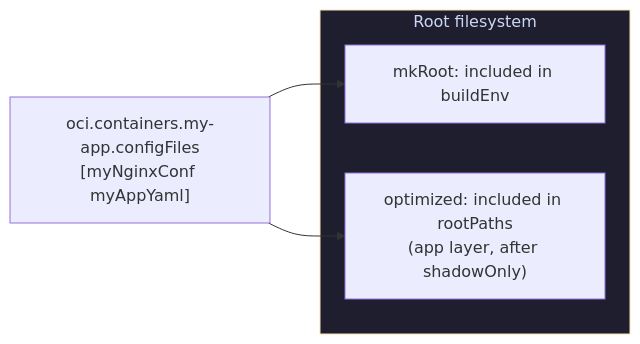
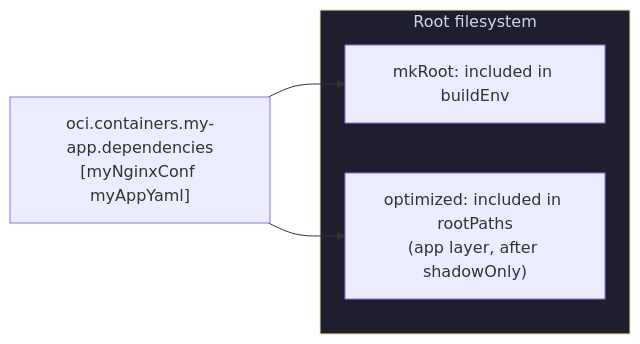
Before and after one commit to Dauliac/nix-oci: the seventh of 16 diagrams in docs/content/explanation/container-metadata-wiring.md, drawn with Mermaid. The commit also changed other lines of this file and 16 other files, not shown here.

First line of the commit message:
refactor: remove redundant configFiles option, merge into dependencies

````diff
--- a/docs/content/explanation/container-metadata-wiring.md
+++ b/docs/content/explanation/container-metadata-wiring.md
@@ -250,14 +250,14 @@
 ```mermaid
 flowchart LR
-    User["oci.containers.my-app.configFiles<br/>[myNginxConf myAppYaml]"]
+    User["oci.containers.my-app.dependencies<br/>[myNginxConf myAppYaml]"]
 
     subgraph rootfs ["Root filesystem"]
         Root["mkRoot: included in buildEnv"]
         Optimized["optimized: included in rootPaths<br/>(app layer, after shadowOnly)"]
     end
 
     User --> Root
     User --> Optimized
 
     style rootfs fill:#1e1e2e,stroke:#f9e2ae,color:#cdd6f4
 ```
````
